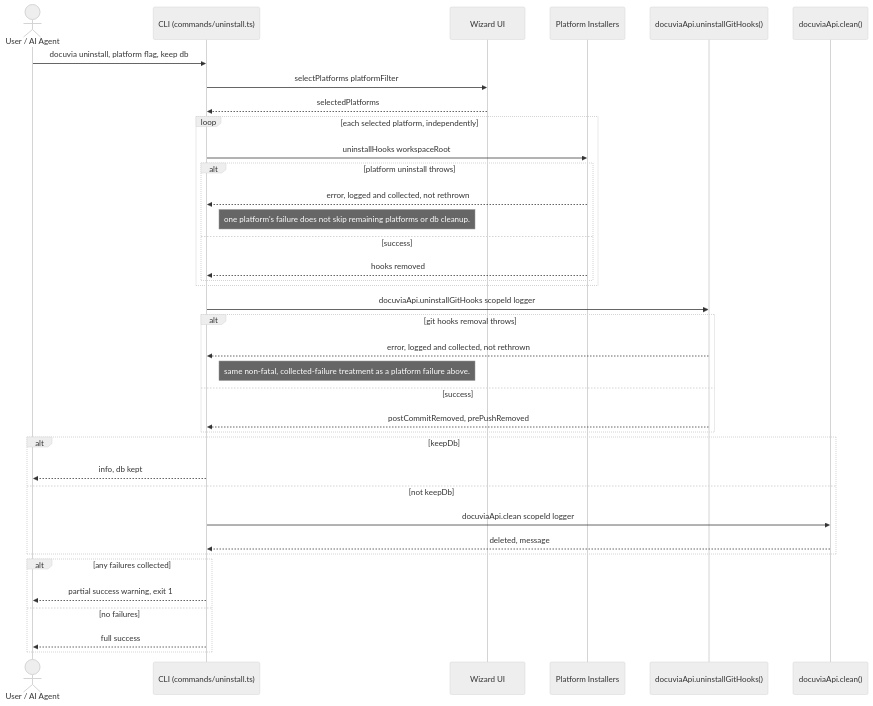
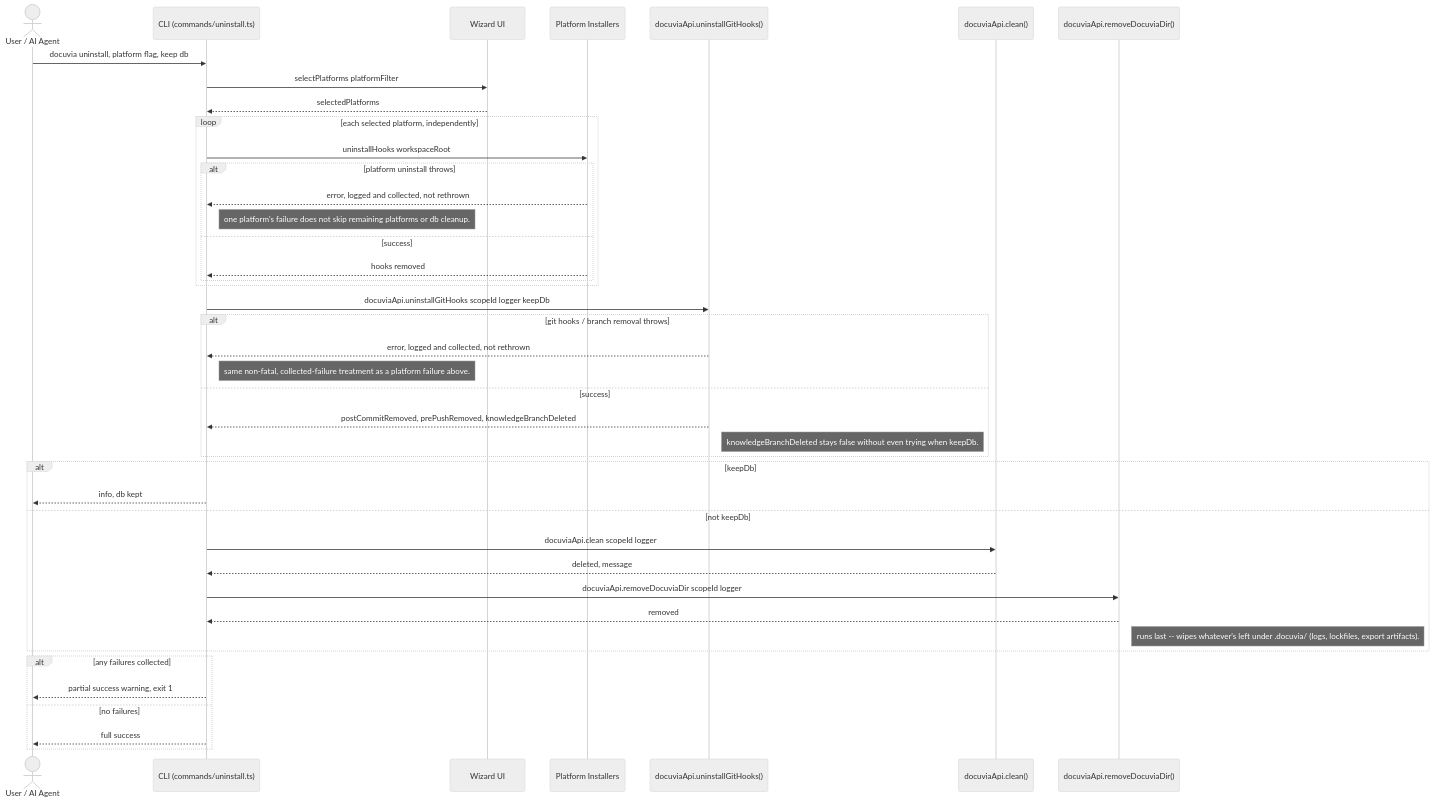
One commit to dyphn1/Docuvia changed the diagram in docs/gitbook/workflows/uninstall-execution-flow.md. Above: the diagram before and after it, drawn with Mermaid (neutral theme). The commit also changed other lines of this file and 53 other files, not shown here.

First line of the commit message:
fix(cli): honest export-topology density, full uninstall teardown, richer query context

````diff
--- a/docs/gitbook/workflows/uninstall-execution-flow.md
+++ b/docs/gitbook/workflows/uninstall-execution-flow.md
@@ -23,44 +34,49 @@
 ```mermaid
 sequenceDiagram
     actor User as User / AI Agent
     participant CLI as CLI (commands/uninstall.ts)
     participant Wizard as Wizard UI
     participant Plat as Platform Installers
     participant GitAPI as docuviaApi.uninstallGitHooks()
     participant API as docuviaApi.clean()
+    participant DirAPI as docuviaApi.removeDocuviaDir()
 
     User->>CLI: docuvia uninstall, platform flag, keep db
     CLI->>Wizard: selectPlatforms platformFilter
     Wizard-->>CLI: selectedPlatforms
 
     loop each selected platform, independently
         CLI->>Plat: uninstallHooks workspaceRoot
         alt platform uninstall throws
             Plat-->>CLI: error, logged and collected, not rethrown
             Note right of CLI: one platform's failure does not skip remaining platforms or db cleanup.
         else success
             Plat-->>CLI: hooks removed
         end
     end
 
-    CLI->>GitAPI: docuviaApi.uninstallGitHooks scopeId logger
-    alt git hooks removal throws
+    CLI->>GitAPI: docuviaApi.uninstallGitHooks scopeId logger keepDb
+    alt git hooks / branch removal throws
         GitAPI-->>CLI: error, logged and collected, not rethrown
         Note right of CLI: same non-fatal, collected-failure treatment as a platform failure above.
     else success
-        GitAPI-->>CLI: postCommitRemoved, prePushRemoved
+        GitAPI-->>CLI: postCommitRemoved, prePushRemoved, knowledgeBranchDeleted
+        Note right of GitAPI: knowledgeBranchDeleted stays false without even trying when keepDb.
     end
 
     alt keepDb
         CLI-->>User: info, db kept
     else not keepDb
         CLI->>API: docuviaApi.clean scopeId logger
         API-->>CLI: deleted, message
+        CLI->>DirAPI: docuviaApi.removeDocuviaDir scopeId logger
+        DirAPI-->>CLI: removed
+        Note right of DirAPI: runs last -- wipes whatever's left under .docuvia/ (logs, lockfiles, export artifacts).
     end
 
     alt any failures collected
         CLI-->>User: partial success warning, exit 1
     else no failures
         CLI-->>User: full success
     end
 ```
````
